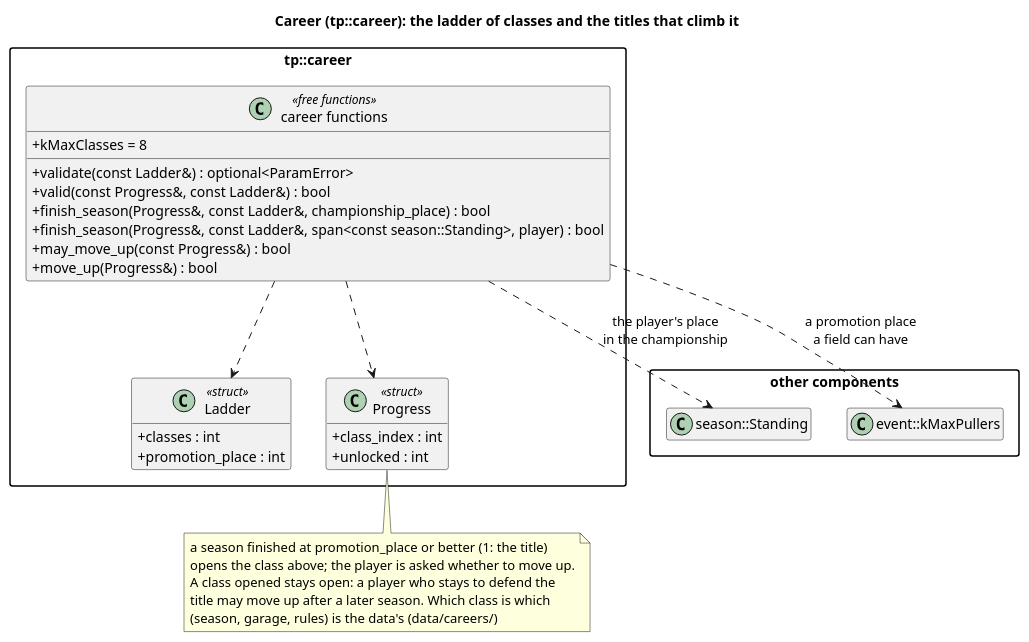
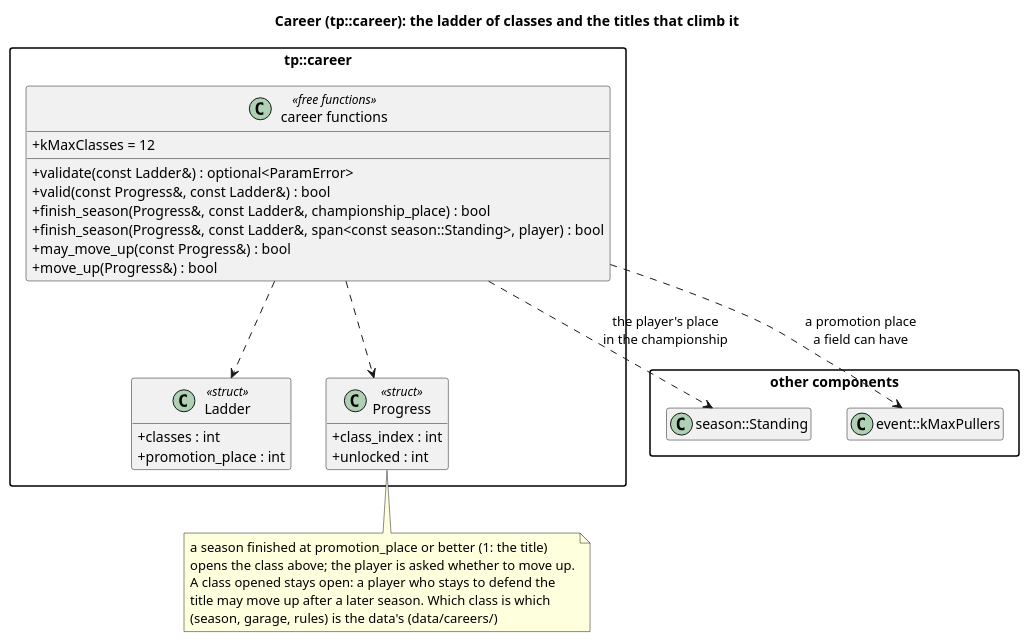
One commit to wversteeg/TractorPulling changed the diagram in docs/diagrams/career_classes.puml. Above: the diagram before and after it, drawn with PlantUML. The commit also changed 6 other files, not shown here.

```diff
--- a/docs/diagrams/career_classes.puml
+++ b/docs/diagrams/career_classes.puml
@@ -1,42 +1,42 @@
 @startuml career_classes
 title Career (tp::career): the ladder of classes and the titles that climb it
 hide empty members
 skinparam packageStyle rectangle
 skinparam classAttributeIconSize 0
 
 package "other components" {
   class "season::Standing" as SeasonStanding
   class "event::kMaxPullers" as MaxPullers
 }
 
 package "tp::career" {
   class Ladder <<struct>> {
     +classes : int
     +promotion_place : int
   }
   class Progress <<struct>> {
     +class_index : int
     +unlocked : int
   }
   class "career functions" as CareerFns <<free functions>> {
-    +kMaxClasses = 8
+    +kMaxClasses = 12
     +validate(const Ladder&) : optional<ParamError>
     +valid(const Progress&, const Ladder&) : bool
     +finish_season(Progress&, const Ladder&, championship_place) : bool
     +finish_season(Progress&, const Ladder&, span<const season::Standing>, player) : bool
     +may_move_up(const Progress&) : bool
     +move_up(Progress&) : bool
   }
   CareerFns ..> Ladder
   CareerFns ..> Progress
 }
 CareerFns ..> SeasonStanding : the player's place\nin the championship
 CareerFns ..> MaxPullers : a promotion place\na field can have
 note bottom of Progress
   a season finished at promotion_place or better (1: the title)
   opens the class above; the player is asked whether to move up.
   A class opened stays open: a player who stays to defend the
   title may move up after a later season. Which class is which
   (season, garage, rules) is the data's (data/careers/)
 end note
 @enduml
```
